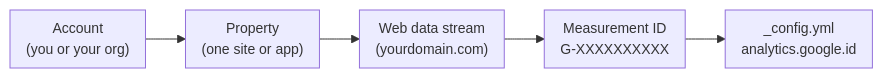
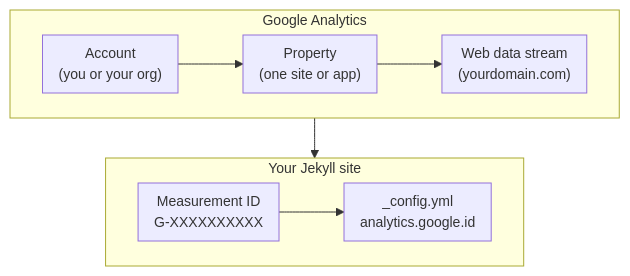
One commit to cloudutsukpilot/sakharams.github.io changed the diagram in _posts/websites/2024-12-01-setup-google-analytics-in-jekyll-chirpy-theme.md. Above: the diagram before and after it, drawn with Mermaid. The commit also changed other lines of this file and 3 other files, not shown here.

Commit message:
Adding google analytics

````diff
--- a/_posts/websites/2024-12-01-setup-google-analytics-in-jekyll-chirpy-theme.md
+++ b/_posts/websites/2024-12-01-setup-google-analytics-in-jekyll-chirpy-theme.md
@@ -20,8 +20,13 @@
 ```mermaid
 %%{init: {"themeVariables": {"fontSize": "14px"}, "flowchart": {"useMaxWidth": false, "nodeSpacing": 30, "rankSpacing": 40, "padding": 8, "wrappingWidth": 150}}}%%
-flowchart LR
-  A["Account<br/>(you or your org)"] --> P["Property<br/>(one site or app)"]
-  P --> S["Web data stream<br/>(yourdomain.com)"]
-  S --> M["Measurement ID<br/>G-XXXXXXXXXX"]
-  M --> J["_config.yml<br/>analytics.google.id"]
+flowchart TB
+  subgraph GA["Google Analytics"]
+    direction LR
+    A["Account<br/>(you or your org)"] --> P["Property<br/>(one site or app)"] --> S["Web data stream<br/>(yourdomain.com)"]
+  end
+  subgraph SITE["Your Jekyll site"]
+    direction LR
+    M["Measurement ID<br/>G-XXXXXXXXXX"] --> J["_config.yml<br/>analytics.google.id"]
+  end
+  GA --> SITE
 ```
````
